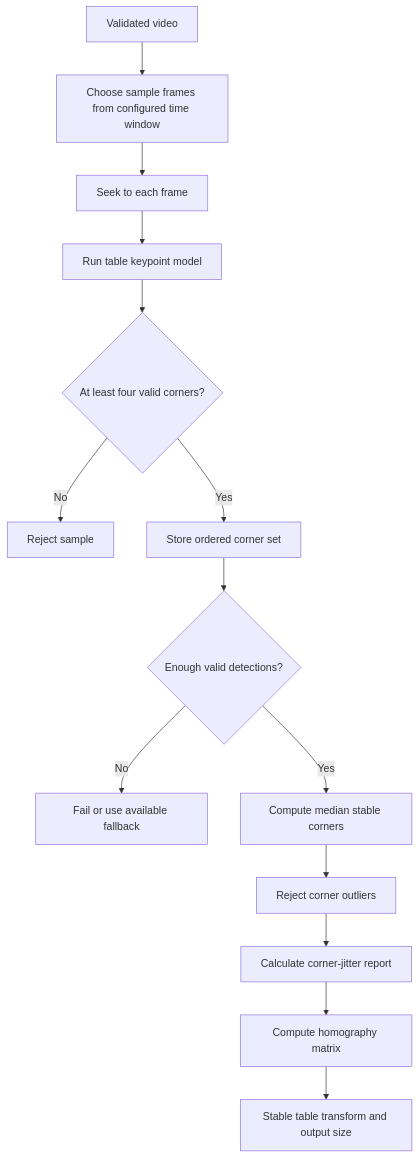
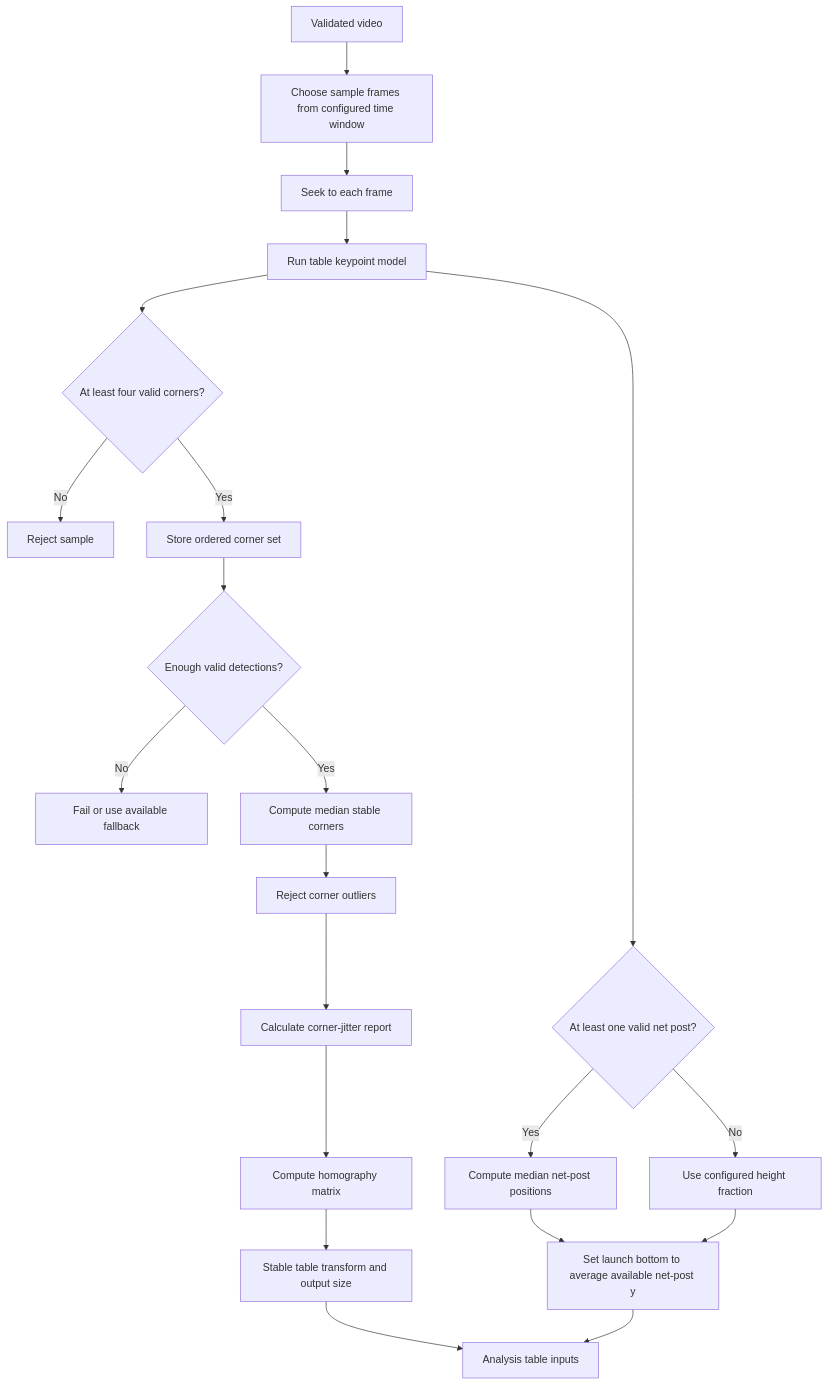
The sixth of 13 diagrams in jetson/docs/project_process_map.md (CoulterRolph/Capstone_Opencv), drawn with Mermaid before and after one commit. The commit also changed other lines of this file and 35 other files, not shown here.

````diff
--- a/jetson/docs/project_process_map.md
+++ b/jetson/docs/project_process_map.md
@@ -184,17 +185,24 @@
 ```mermaid
 flowchart TD
     Video[Validated video] --> SampleIndices[Choose sample frames from configured time window]
     SampleIndices --> Seek[Seek to each frame]
     Seek --> TableModel[Run table keypoint model]
     TableModel --> Corners{At least four valid corners?}
+    TableModel --> NetPosts{At least one valid net post?}
     Corners -->|No| Reject[Reject sample]
     Corners -->|Yes| CornerSet[Store ordered corner set]
+    NetPosts -->|Yes| StableNet[Compute median net-post positions]
+    NetPosts -->|No| FractionFallback[Use configured height fraction]
+    StableNet --> LaunchBottom[Set launch bottom to average available net-post y]
+    FractionFallback --> LaunchBottom
 
     CornerSet --> Enough{Enough valid detections?}
     Enough -->|No| Fail[Fail or use available fallback]
     Enough -->|Yes| Median[Compute median stable corners]
     Median --> Outliers[Reject corner outliers]
     Outliers --> Quality[Calculate corner-jitter report]
     Quality --> Matrix[Compute homography matrix]
     Matrix --> Output[Stable table transform and output size]
+    Output --> AnalysisInputs[Analysis table inputs]
+    LaunchBottom --> AnalysisInputs
 ```
````
